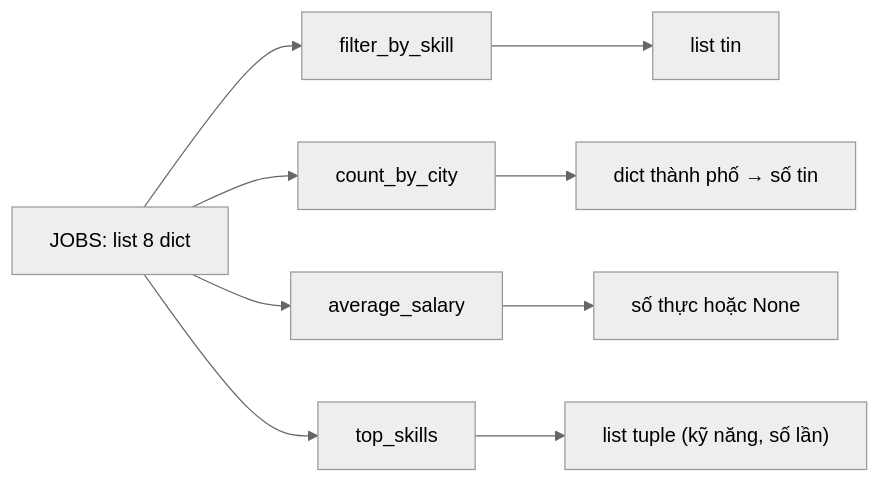
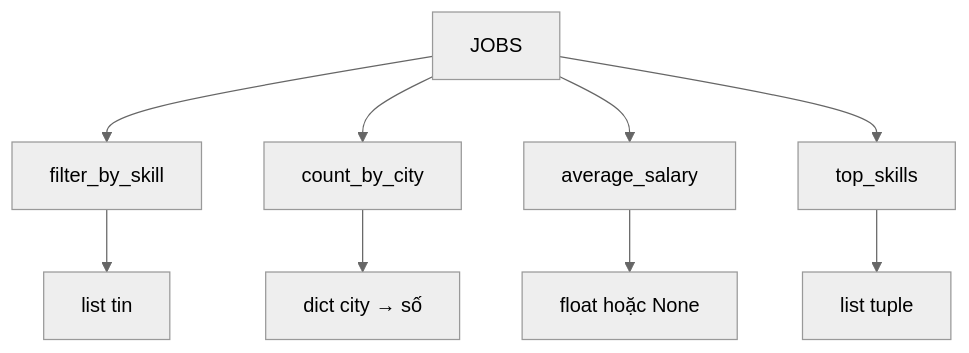
Before and after one commit to ht-nah98/ai-academy: the second of 3 diagrams in academy/curriculum/L01-python-co-ban/lesson.md, drawn with Mermaid (neutral theme). The commit also changed other lines of this file and 54 other files, not shown here.

````diff
--- a/academy/curriculum/L01-python-co-ban/lesson.md
+++ b/academy/curriculum/L01-python-co-ban/lesson.md
@@ -92,7 +92,7 @@
 ```mermaid
-flowchart LR
-    J["JOBS: list 8 dict"] --> F["filter_by_skill"] --> R1["list tin"]
-    J --> C["count_by_city"] --> R2["dict thành phố → số tin"]
-    J --> A["average_salary"] --> R3["số thực hoặc None"]
-    J --> T["top_skills"] --> R4["list tuple (kỹ năng, số lần)"]
+flowchart TD
+    J["JOBS"] --> F["filter_by_skill"] --> R1["list tin"]
+    J --> C["count_by_city"] --> R2["dict city → số"]
+    J --> A["average_salary"] --> R3["float hoặc None"]
+    J --> T["top_skills"] --> R4["list tuple"]
 ```
````
